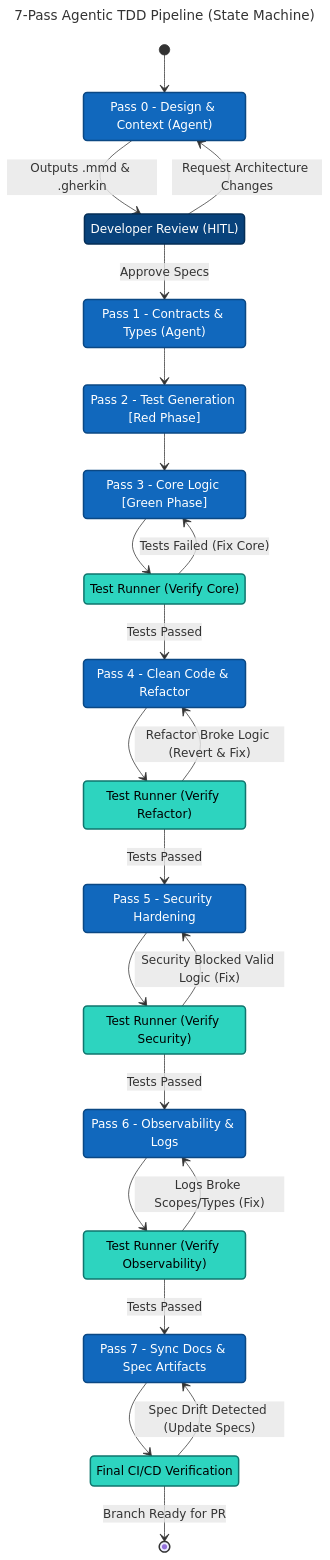
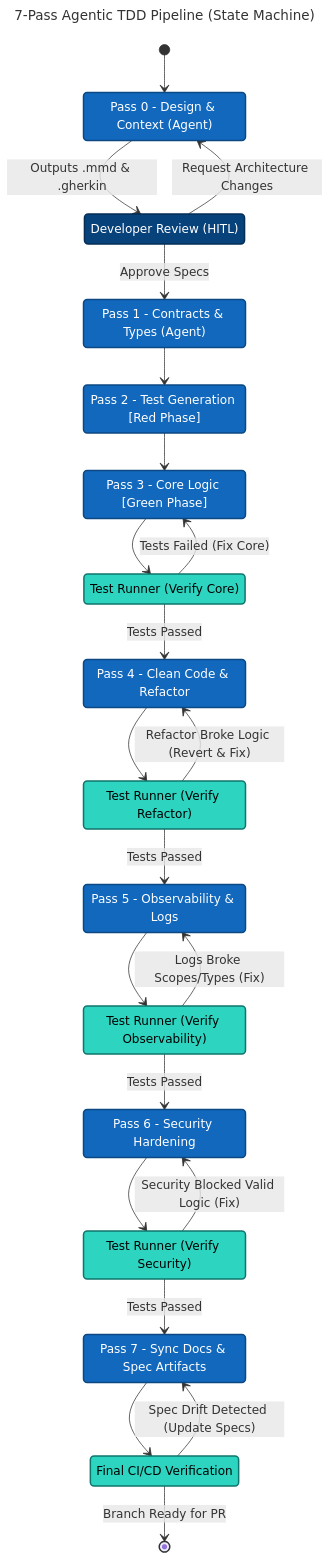
The sixth of 16 diagrams in docs/architecture-manifesto.md (Nistapp/agentic-tdd), drawn with Mermaid before and after one commit. The commit also changed other lines of this file and 6 other files, not shown here.

First line of the commit message:
docs: update pipeline docs for Observability→Security pass order

```diff
--- a/docs/architecture-manifesto.md
+++ b/docs/architecture-manifesto.md
@@ -365,26 +365,26 @@
     Gate_4 --> Pass_4 : Refactor Broke Logic (Revert & Fix)
     Gate_4 --> Pass_5 : Tests Passed
     
-    %% --- PHASE 5: Security ---
-    Pass_5 : Pass 5 - Security Hardening
+    %% --- PHASE 5: Observability ---
+    Pass_5 : Pass 5 - Observability & Logs
     class Pass_5 agent
     
-    Gate_5 : Test Runner (Verify Security)
+    Gate_5 : Test Runner (Verify Observability)
     class Gate_5 testGate
     
     Pass_5 --> Gate_5
-    Gate_5 --> Pass_5 : Security Blocked Valid Logic (Fix)
+    Gate_5 --> Pass_5 : Logs Broke Scopes/Types (Fix)
     Gate_5 --> Pass_6 : Tests Passed
     
-    %% --- PHASE 6: Observability ---
-    Pass_6 : Pass 6 - Observability & Logs
+    %% --- PHASE 6: Security ---
+    Pass_6 : Pass 6 - Security Hardening
     class Pass_6 agent
     
-    Gate_6 : Test Runner (Verify Observability)
+    Gate_6 : Test Runner (Verify Security)
     class Gate_6 testGate
     
     Pass_6 --> Gate_6
-    Gate_6 --> Pass_6 : Logs Broke Scopes/Types (Fix)
+    Gate_6 --> Pass_6 : Security Blocked Valid Logic (Fix)
     Gate_6 --> Pass_7 : Tests Passed
     
     %% --- PHASE 7: Documentation & Spec Sync ---
```
